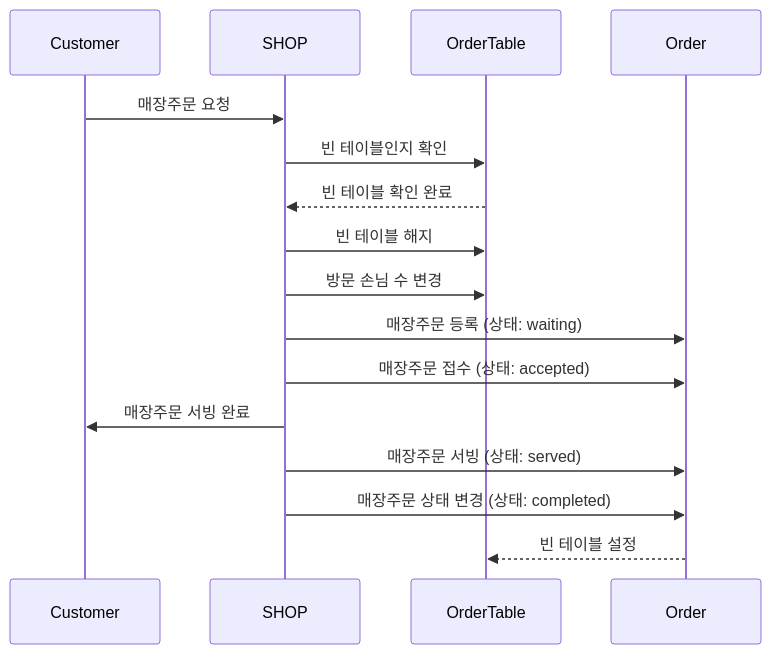
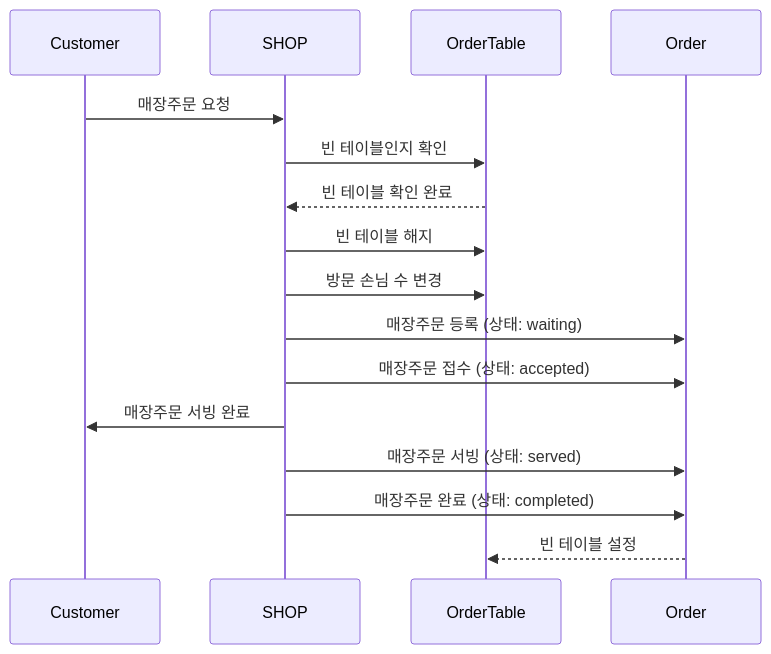
The fifth of 7 diagrams in README.md (jinyoonYang/ddd-strategic-design), drawn with Mermaid before and after one commit. The commit also changed other lines of this file, not shown here.

````diff
--- a/README.md
+++ b/README.md
@@ -283,18 +283,18 @@
 ```mermaid
 sequenceDiagram
     participant Customer
     participant SHOP
     participant OrderTable
     participant Order
     Customer ->> SHOP: 매장주문 요청
     SHOP ->> OrderTable: 빈 테이블인지 확인
     OrderTable -->> SHOP: 빈 테이블 확인 완료
     SHOP ->> OrderTable: 빈 테이블 해지
     SHOP ->> OrderTable: 방문 손님 수 변경  
     SHOP ->> Order: 매장주문 등록 (상태: waiting)
     SHOP ->> Order: 매장주문 접수 (상태: accepted)
     SHOP ->> Customer: 매장주문 서빙 완료
     SHOP ->> Order: 매장주문 서빙 (상태: served)
-    SHOP ->> Order: 매장주문 상태 변경 (상태: completed)
+    SHOP ->> Order: 매장주문 완료 (상태: completed)
     Order -->> OrderTable: 빈 테이블 설정
 ```
````
